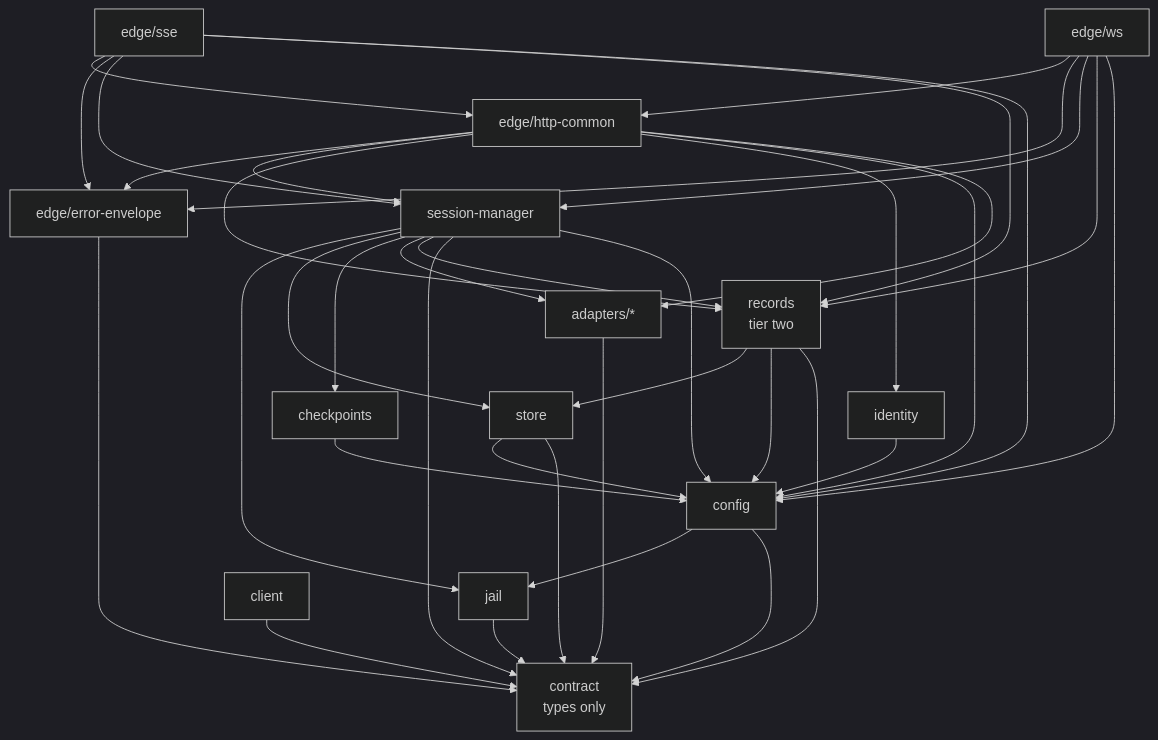
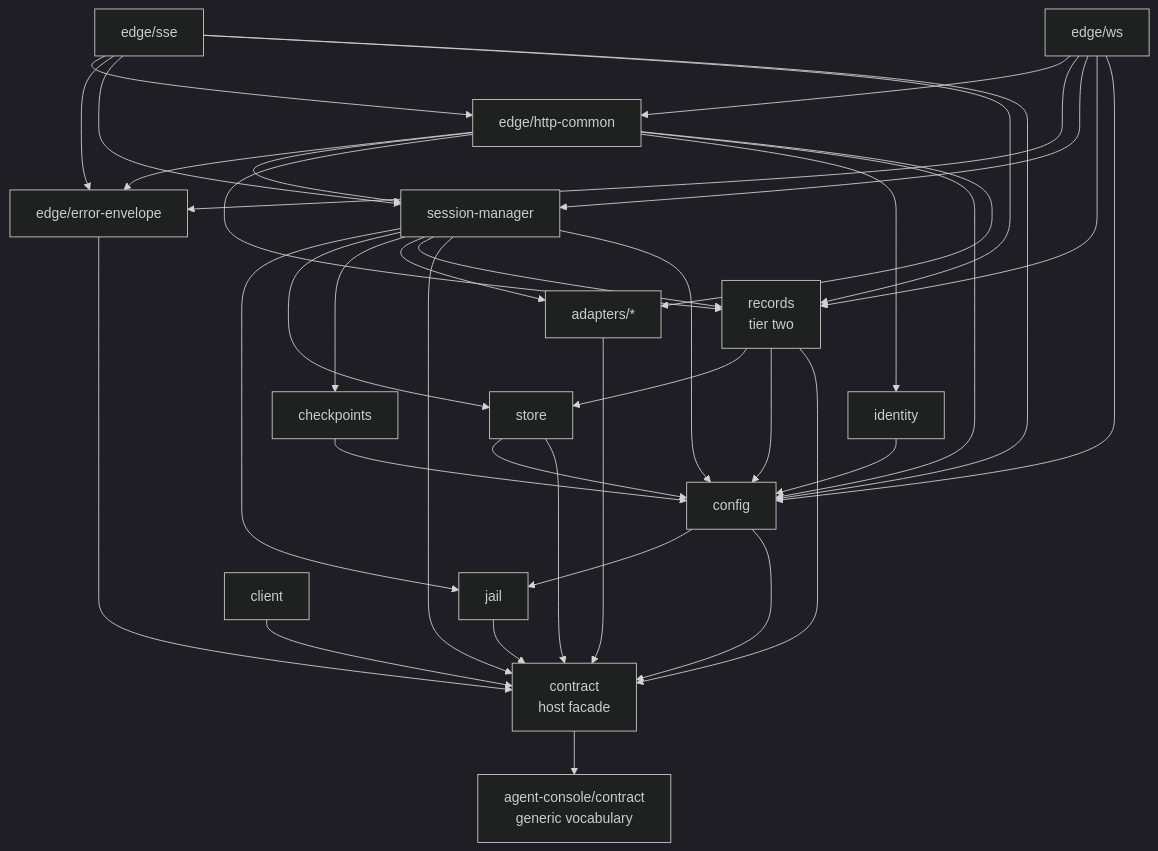
The second of 2 diagrams in design/10-design.md (The-Running-Dev/SubZeroDev.SkyNetHR), drawn with Mermaid (dark theme) before and after one commit. The commit also changed other lines of this file and 6 other files, not shown here.

First line of the commit message:
AgentConsole Phase 1a — extract contract boundary (#352)

````diff
--- a/design/10-design.md
+++ b/design/10-design.md
@@ -1000,54 +1001,56 @@
 ```mermaid
 flowchart TD
-    CT["contract<br/>types only"]
+    CT["contract<br/>host facade"]
+    AC["agent-console/contract<br/>generic vocabulary"]
     CF["config"]
     ID["identity"]
     JL["jail"]
     ST["store"]
     CK["checkpoints"]
     AD["adapters/*"]
     RC["records<br/>tier two"]
     SM["session-manager"]
     HC["edge/http-common"]
     EE["edge/error-envelope"]
     EH["edge/sse"]
     EW["edge/ws"]
     CL["client"]
 
+    CT --> AC
     SM --> JL
     SM --> ST
     SM --> CK
     SM --> AD
     SM --> RC
     SM --> CT
     SM --> CF
     EH --> HC
     EH --> EE
     EH --> SM
     EH --> RC
     EH --> CF
     EW --> HC
     EW --> EE
     EW --> SM
     EW --> RC
     EW --> CF
     HC --> EE
     HC --> SM
     HC --> RC
     HC --> ID
     HC --> CF
     HC --> AD
     EE --> CT
     ID --> CF
     CF --> JL
     CF --> CT
     ST --> CF
     CK --> CF
     RC --> ST
     RC --> CF
     RC --> CT
     AD --> CT
     JL --> CT
     ST --> CT
     CL --> CT
 ```
````
